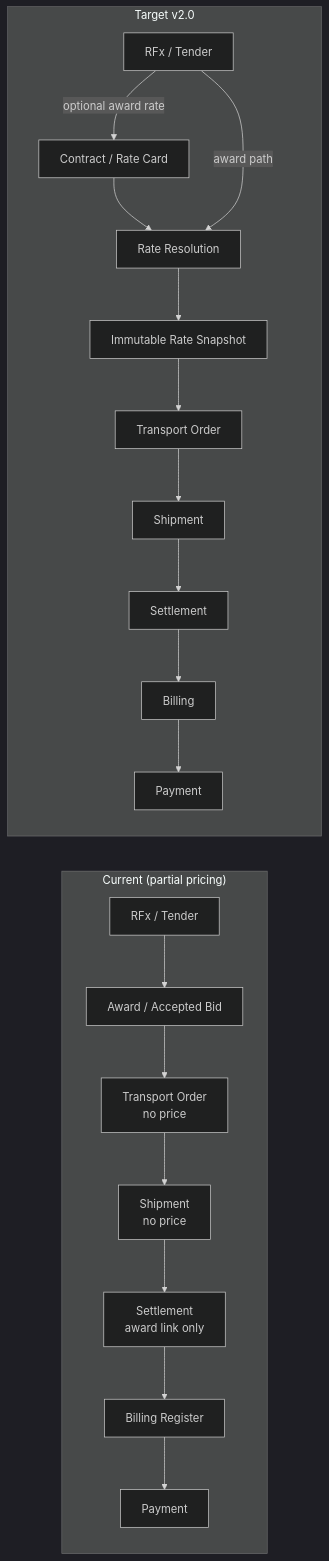
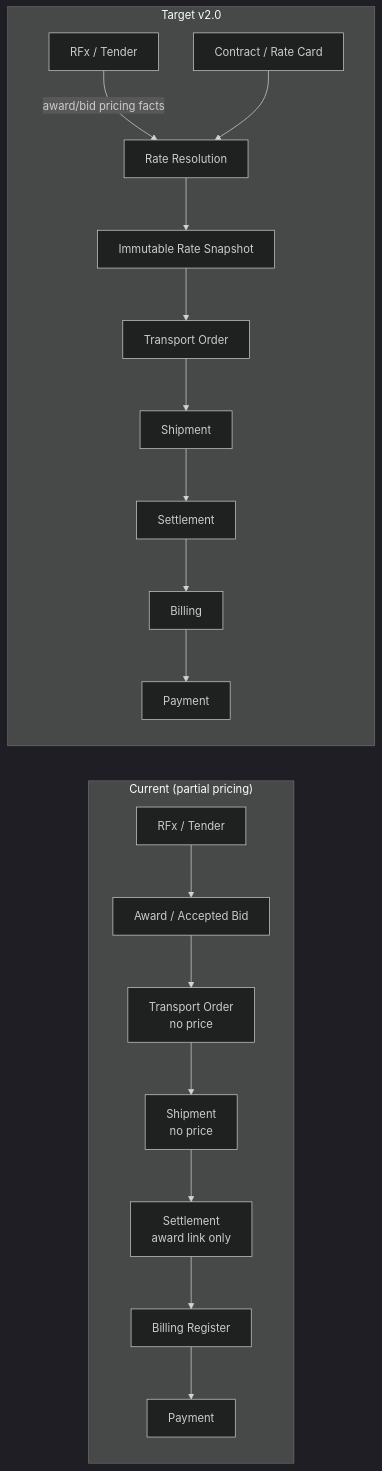
The first of 6 diagrams in docs/engineering/FREIGHT_CONTRACT_RATE_MANAGEMENT_v2.0_ARCHITECTURE.md (f9999737292-bit/Freihgt-platform), drawn with Mermaid (dark theme) before and after one commit. The commit also changed other lines of this file, not shown here.

First line of the commit message:
docs(rates): resolve v2.0 architecture consistency findings

````diff
--- a/docs/engineering/FREIGHT_CONTRACT_RATE_MANAGEMENT_v2.0_ARCHITECTURE.md
+++ b/docs/engineering/FREIGHT_CONTRACT_RATE_MANAGEMENT_v2.0_ARCHITECTURE.md
@@ -60,28 +64,28 @@
 ```mermaid
 flowchart LR
   subgraph current["Current (partial pricing)"]
     RFx1[RFx / Tender]
     Award1[Award / Accepted Bid]
     TO1[Transport Order<br/>no price]
     SH1[Shipment<br/>no price]
     ST1[Settlement<br/>award link only]
     BL1[Billing Register]
     PY1[Payment]
     RFx1 --> Award1 --> TO1 --> SH1 --> ST1 --> BL1 --> PY1
   end
 
   subgraph target["Target v2.0"]
     RFx2[RFx / Tender]
     CR[Contract / Rate Card]
     RR[Rate Resolution]
     SN[Immutable Rate Snapshot]
     TO2[Transport Order]
     SH2[Shipment]
     ST2[Settlement]
     BL2[Billing]
     PY2[Payment]
-    RFx2 -->|optional award rate| CR
-    CR --> RR --> SN --> TO2 --> SH2 --> ST2 --> BL2 --> PY2
-    RFx2 -->|award path| RR
+    RFx2 -->|award/bid pricing facts| RR
+    CR --> RR
+    RR --> SN --> TO2 --> SH2 --> ST2 --> BL2 --> PY2
   end
 ```
````
